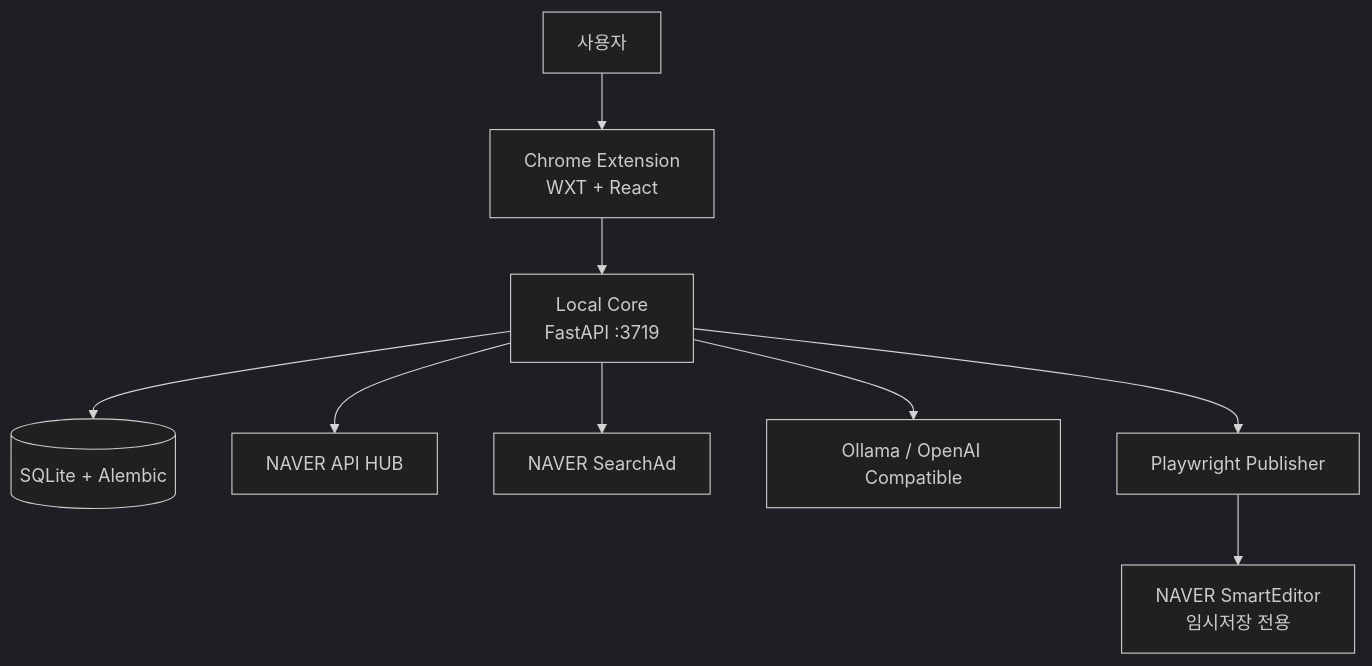
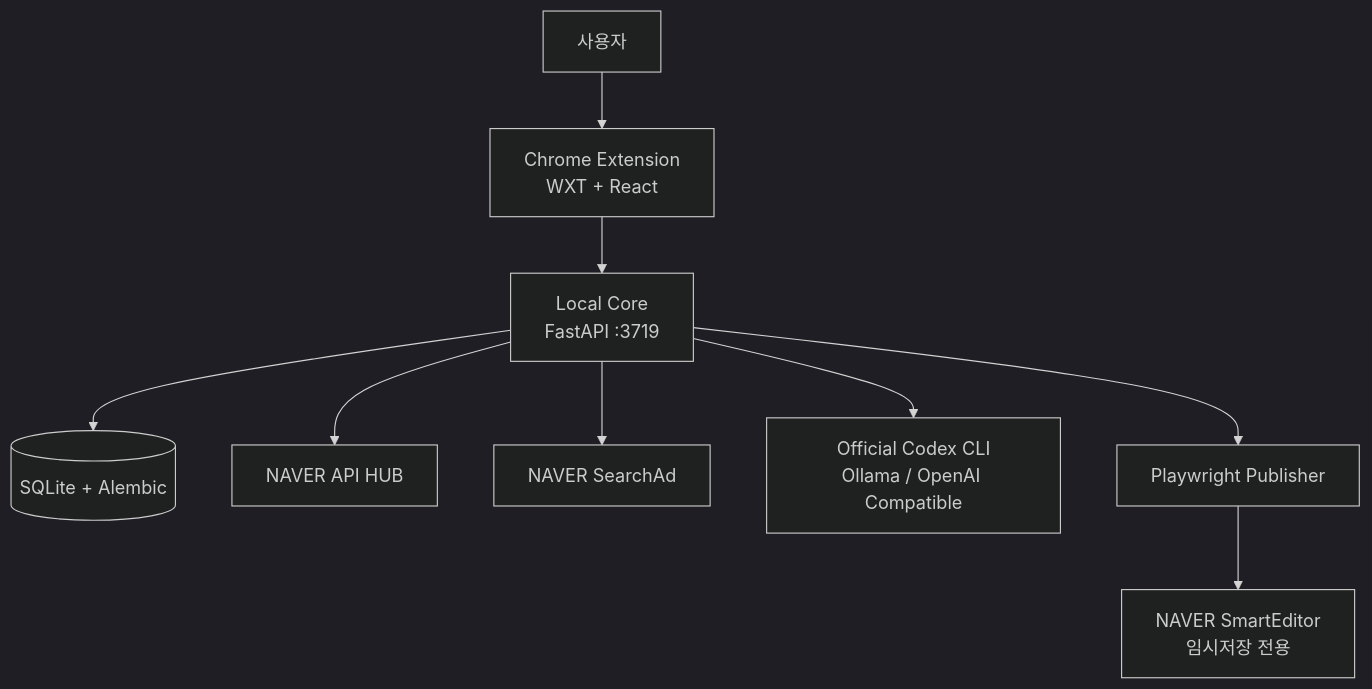
One commit to coreline-ai/naver-contents-os changed the second of 2 diagrams in README.md. Above: the diagram before and after it, drawn with Mermaid (dark theme). The commit also changed other lines of this file and 148 other files, not shown here.

````diff
--- a/README.md
+++ b/README.md
@@ -366,11 +430,11 @@
 ```mermaid
 flowchart TB
     U[사용자] --> EXT[Chrome Extension<br/>WXT + React]
     EXT --> CORE[Local Core<br/>FastAPI :3719]
     CORE --> DB[(SQLite + Alembic)]
     CORE --> HUB[NAVER API HUB]
     CORE --> AD[NAVER SearchAd]
-    CORE --> LLM[Ollama / OpenAI Compatible]
+    CORE --> LLM[Official Codex CLI<br/>Ollama / OpenAI Compatible]
     CORE --> PUB[Playwright Publisher]
     PUB --> EDITOR[NAVER SmartEditor<br/>임시저장 전용]
 ```
````
